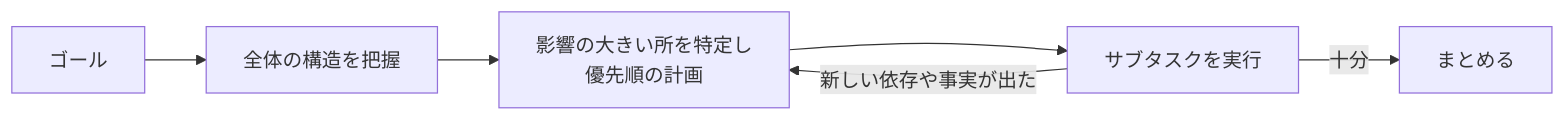
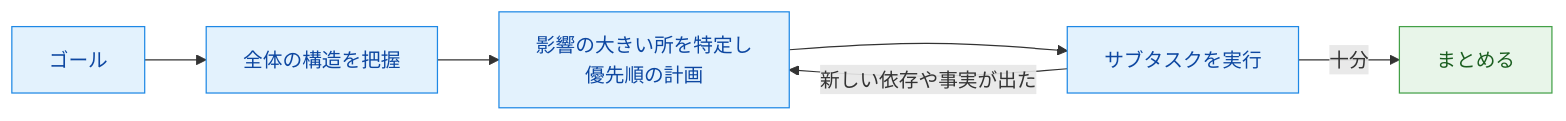
The second of 2 diagrams in ccaf/notes/01-agentic-architecture/prompt-chaining-vs-dynamic-decomposition.md (yuya-take/yuya-exam-notes), drawn with Mermaid before and after one commit. The commit also changed other lines of this file and 50 other files, not shown here.

````diff
--- a/ccaf/notes/01-agentic-architecture/prompt-chaining-vs-dynamic-decomposition.md
+++ b/ccaf/notes/01-agentic-architecture/prompt-chaining-vs-dynamic-decomposition.md
@@ -36,6 +38,10 @@
 ```mermaid
 flowchart LR
-  A[ゴール] --> M[全体の構造を把握] --> P[影響の大きい所を特定し<br/>優先順の計画] --> W[サブタスクを実行]
+  A[ゴール] --> M[全体の構造を把握] --> P["影響の大きい所を特定し<br/>優先順の計画"] --> W[サブタスクを実行]
   W -->|新しい依存や事実が出た| P
   W -->|十分| R[まとめる]
+  classDef run fill:#e3f2fd,stroke:#1e88e5,color:#0d47a1
+  classDef done fill:#e8f5e9,stroke:#43a047,color:#1b5e20
+  class A,M,P,W run
+  class R done
 ```
````
